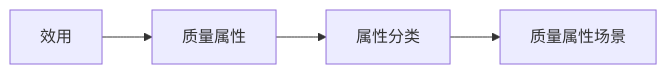
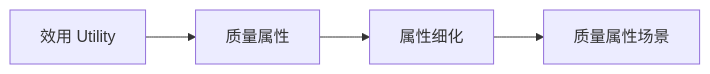
Before and after one commit to 74262195/system-architect-notes: the diagram in 01_综合知识/04_系统质量属性与架构评估/02_架构评估/ATAM效用树.md, drawn with Mermaid. The commit also changed other lines of this file and 14 other files, not shown here.

Commit message:
docs: complete quality and architecture review cards

````diff
--- a/01_综合知识/04_系统质量属性与架构评估/02_架构评估/ATAM效用树.md
+++ b/01_综合知识/04_系统质量属性与架构评估/02_架构评估/ATAM效用树.md
@@ -25,6 +27,6 @@
-~~~mermaid
+```mermaid
 flowchart LR
-    A[效用] --> B[质量属性]
-    B --> C[属性分类]
+    A[效用 Utility] --> B[质量属性]
+    B --> C[属性细化]
     C --> D[质量属性场景]
-~~~
+```
````
